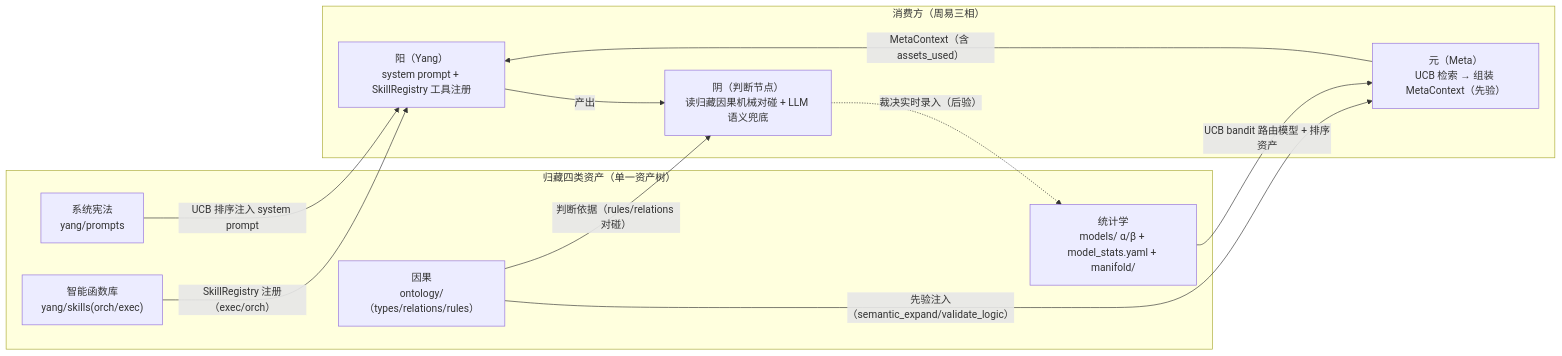
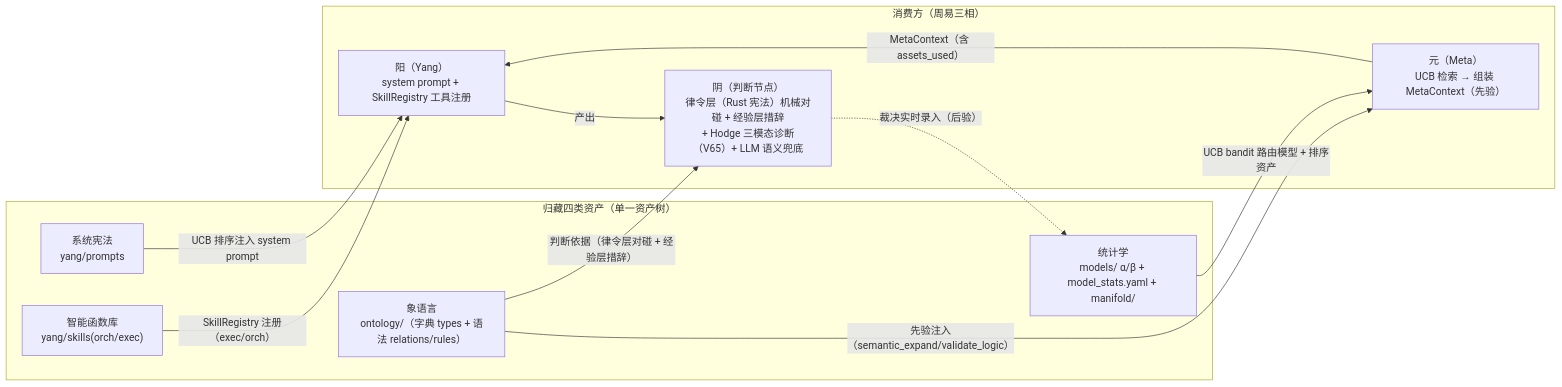
Before and after one commit to wenge6090-tech/taiji: diagram 16 of 19 in Blueprint.md, drawn with Mermaid. The commit also changed other lines of this file and 17 other files, not shown here.

````diff
--- a/Blueprint.md
+++ b/Blueprint.md
@@ -906,22 +1107,22 @@
 ```mermaid
 flowchart LR
     subgraph G["归藏四类资产（单一资产树）"]
         C1["系统宪法<br/>yang/prompts"]
         C2["智能函数库<br/>yang/skills(orch/exec)"]
         C3["统计学<br/>models/ α/β + model_stats.yaml + manifold/"]
-        C4["因果<br/>ontology/（types/relations/rules）"]
+        C4["象语言<br/>ontology/（字典 types + 语法 relations/rules）"]
     end
     subgraph CONSUME["消费方（周易三相）"]
         M["元（Meta）<br/>UCB 检索 → 组装 MetaContext（先验）"]
         YANG["阳（Yang）<br/>system prompt + SkillRegistry 工具注册"]
-        YIN["阴（判断节点）<br/>读归藏因果机械对碰 + LLM 语义兜底"]
+        YIN["阴（判断节点）<br/>律令层（Rust 宪法）机械对碰 + 经验层措辞<br/>+ Hodge 三模态诊断（V65）+ LLM 语义兜底"]
     end
     C1 -->|"UCB 排序注入 system prompt"| YANG
     C2 -->|"SkillRegistry 注册（exec/orch）"| YANG
     C3 -->|"UCB bandit 路由模型 + 排序资产"| M
     C4 -->|"先验注入（semantic_expand/validate_logic）"| M
-    C4 -->|"判断依据（rules/relations 对碰）"| YIN
+    C4 -->|"判断依据（律令层对碰 + 经验层措辞）"| YIN
     M -->|"MetaContext（含 assets_used）"| YANG
     YANG -->|"产出"| YIN
     YIN -.->|"裁决实时录入（后验）"| C3
 ```
````
